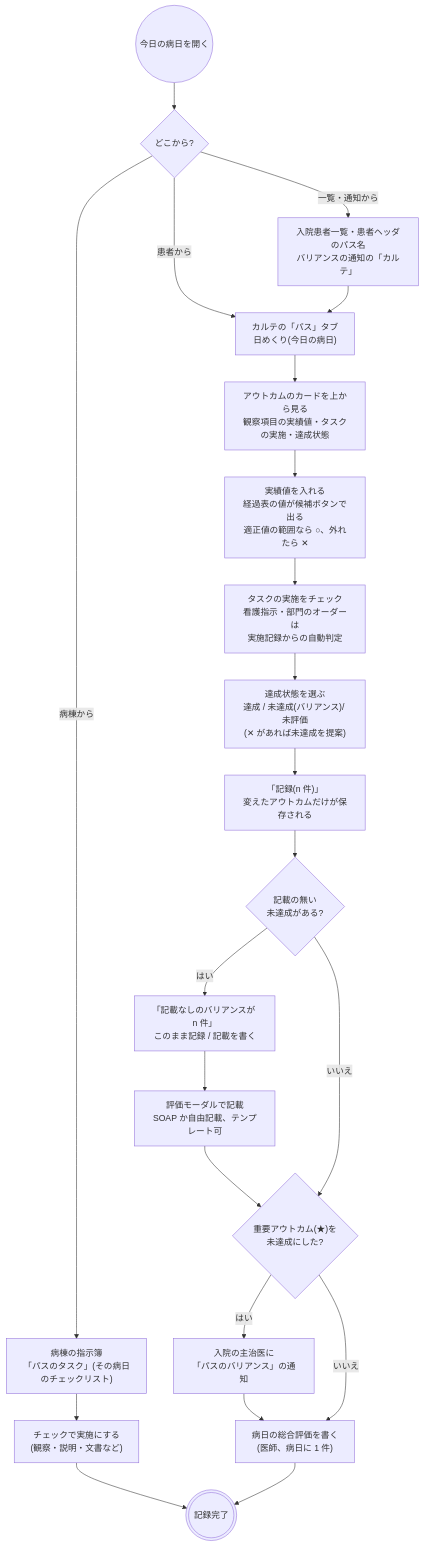
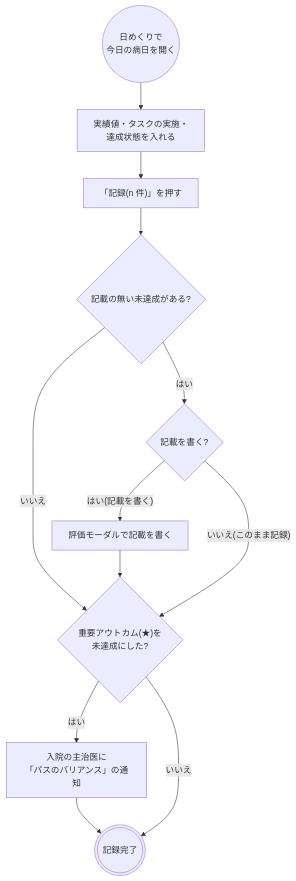
One commit to ysnr-dev/fhir-client-docs changed the fourth of 7 diagrams in docs/flows/clinical-pathway.md. Above: the diagram before and after it, drawn with Mermaid. The commit also changed other lines of this file and 43 other files, not shown here.

Commit message:
docs: 業務フローとシーケンス図を写し直し

````diff
--- a/docs/flows/clinical-pathway.md
+++ b/docs/flows/clinical-pathway.md
@@ -192,32 +295,20 @@
 ```mermaid
 flowchart TD
-  open(("今日の病日を開く"))
-  from{"どこから?"}
-  karte["カルテの「パス」タブ<br/>日めくり(今日の病日)"]
-  worklist["病棟の指示簿<br/>「パスのタスク」(その病日のチェックリスト)"]
-  badge["入院患者一覧・患者ヘッダのパス名<br/>バリアンスの通知の「カルテ」"]
-  taskCheck["チェックで実施にする<br/>(観察・説明・文書など)"]
-  cards["アウトカムのカードを上から見る<br/>観察項目の実績値・タスクの実施・達成状態"]
-  values["実績値を入れる<br/>経過表の値が候補ボタンで出る<br/>適正値の範囲なら ○、外れたら ✕"]
-  tasks["タスクの実施をチェック<br/>看護指示・部門のオーダーは<br/>実施記録からの自動判定"]
-  achieve["達成状態を選ぶ<br/>達成 / 未達成(バリアンス)/ 未評価<br/>(✕ があれば未達成を提案)"]
-  record["「記録(n 件)」<br/>変えたアウトカムだけが保存される"]
-  unwritten{"記載の無い<br/>未達成がある?"}
-  prompt["「記載なしのバリアンスが n 件」<br/>このまま記録 / 記載を書く"]
-  writing["評価モーダルで記載<br/>SOAP か自由記載、テンプレート可"]
+  open(("日めくりで<br/>今日の病日を開く"))
+  input["実績値・タスクの実施・<br/>達成状態を入れる"]
+  record["「記録(n 件)」を押す"]
+  unwritten{"記載の無い未達成がある?"}
+  prompt{"記載を書く?"}
+  writing["評価モーダルで記載を書く"]
   critical{"重要アウトカム(★)を<br/>未達成にした?"}
   notify["入院の主治医に<br/>「パスのバリアンス」の通知"]
-  dayNote["病日の総合評価を書く<br/>(医師、病日に 1 件)"]
   done((("記録完了")))
 
-  open --> from
-  from -- "患者から" --> karte --> cards
-  from -- "病棟から" --> worklist --> taskCheck --> done
-  from -- "一覧・通知から" --> badge --> karte
-  cards --> values --> tasks --> achieve --> record --> unwritten
-  unwritten -- "はい" --> prompt --> writing --> critical
+  open --> input --> record --> unwritten
+  unwritten -- "はい" --> prompt
   unwritten -- "いいえ" --> critical
-  critical -- "はい" --> notify --> dayNote
-  critical -- "いいえ" --> dayNote
-  dayNote --> done
+  prompt -- "はい(記載を書く)" --> writing --> critical
+  prompt -- "いいえ(このまま記録)" --> critical
+  critical -- "はい" --> notify --> done
+  critical -- "いいえ" --> done
 ```
````
